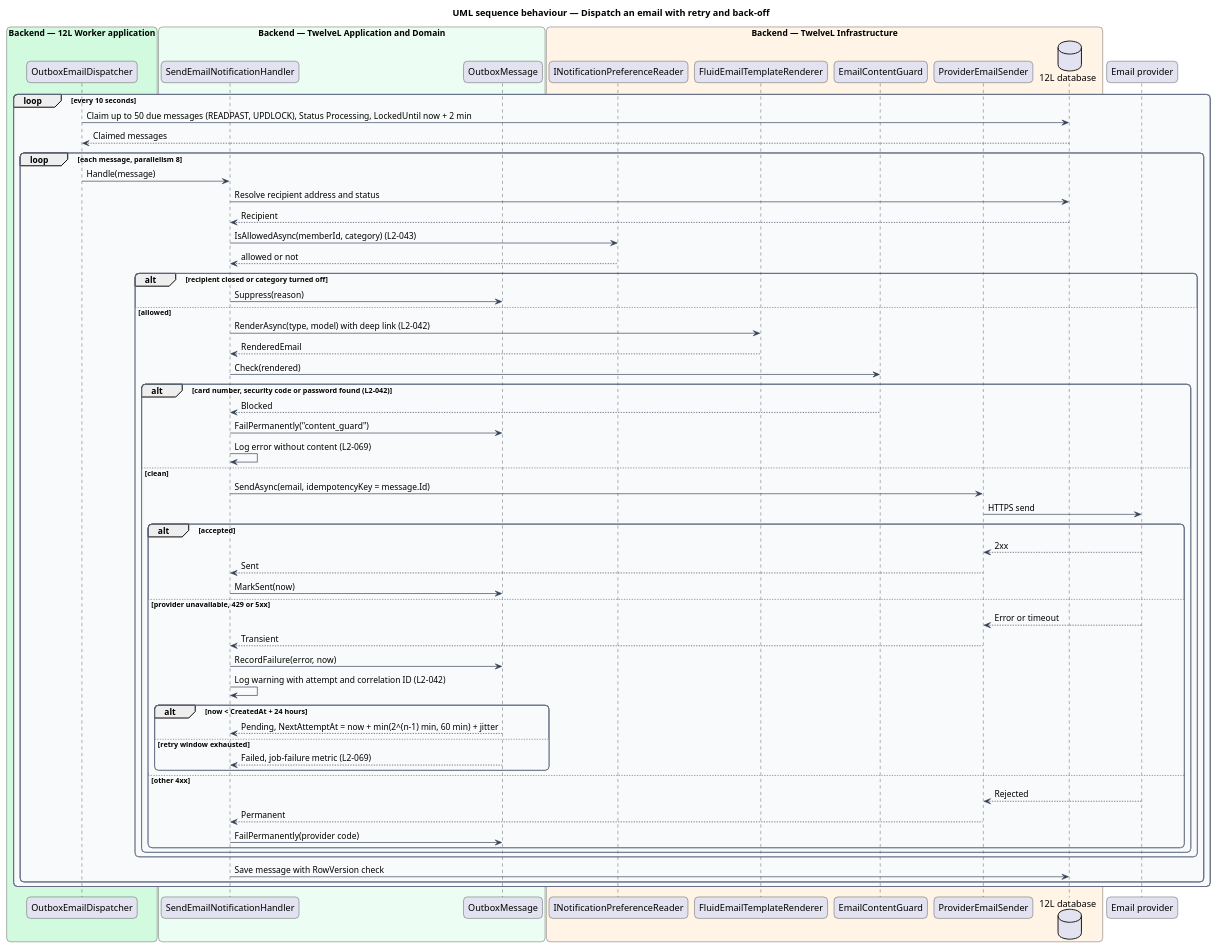
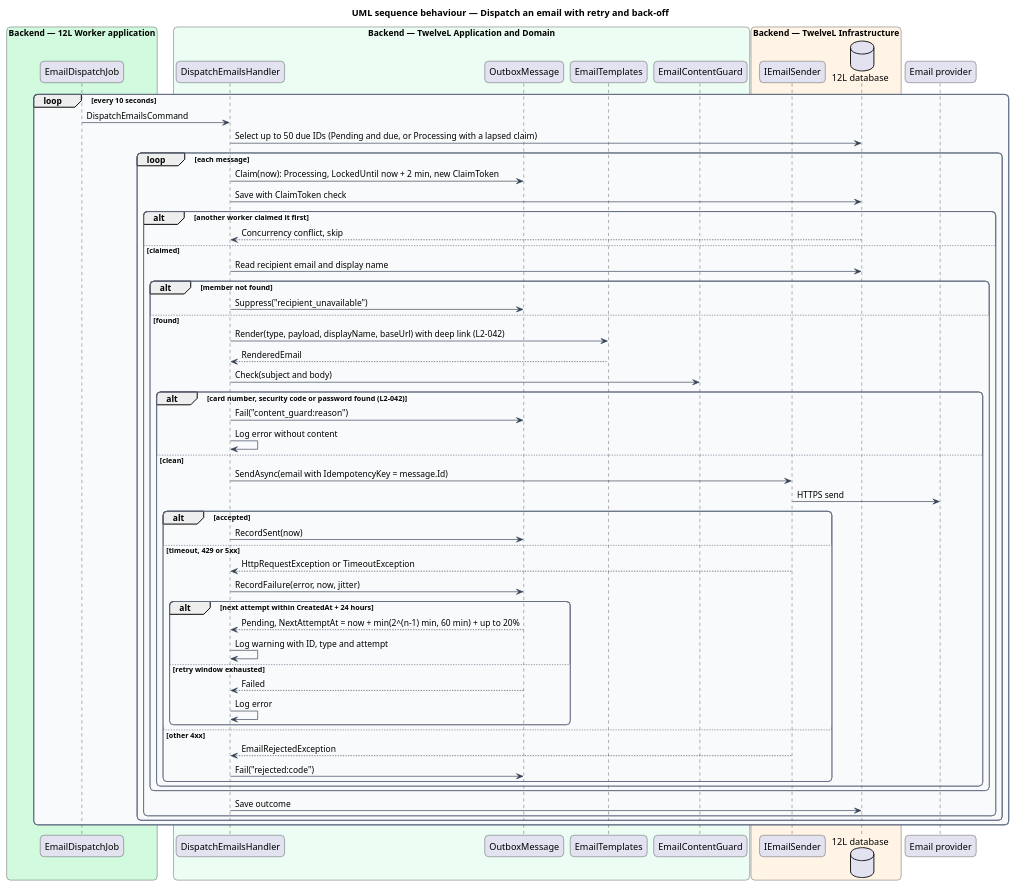
Before and after one commit to QuinntyneBrown/12l: the diagram in docs/detailed-designs/notifications/send-email-notifications/diagrams/sequence-dispatch-email.puml, drawn with PlantUML. The commit also changed 20 other files, not shown here.

First line of the commit message:
Document send-email-notifications: design, ADR, L2-042, ship-order, estimates

```diff
--- a/docs/detailed-designs/notifications/send-email-notifications/diagrams/sequence-dispatch-email.puml
+++ b/docs/detailed-designs/notifications/send-email-notifications/diagrams/sequence-dispatch-email.puml
@@ -1,78 +1,75 @@
 @startuml
 title UML sequence behaviour — Dispatch an email with retry and back-off
 skinparam backgroundColor #FFFFFF
 skinparam shadowing false
 skinparam roundcorner 12
 skinparam defaultFontName Arial
 skinparam ArrowColor #344054
 skinparam rectangle {
   BorderColor #344054
   FontColor #101828
 }
 skinparam package {
   BorderColor #667085
   FontColor #101828
   BackgroundColor #F9FAFB
 }
 box "Backend — 12L Worker application" #D1FADF
-  participant "OutboxEmailDispatcher" as dispatcher
+  participant "EmailDispatchJob" as dispatcher
 end box
 box "Backend — TwelveL Application and Domain" #ECFDF3
-  participant "SendEmailNotificationHandler" as handler
+  participant "DispatchEmailsHandler" as handler
   participant "OutboxMessage" as msg
+  participant "EmailTemplates" as renderer
+  participant "EmailContentGuard" as guard
 end box
 box "Backend — TwelveL Infrastructure" #FFF4E5
-  participant "INotificationPreferenceReader" as prefs
-  participant "FluidEmailTemplateRenderer" as renderer
-  participant "EmailContentGuard" as guard
-  participant "ProviderEmailSender" as sender
+  participant "IEmailSender" as sender
   database "12L database" as db
 end box
 participant "Email provider" as provider
 loop every 10 seconds
-  dispatcher -> db : Claim up to 50 due messages (READPAST, UPDLOCK), Status Processing, LockedUntil now + 2 min
-  db --> dispatcher : Claimed messages
-  loop each message, parallelism 8
-    dispatcher -> handler : Handle(message)
-    handler -> db : Resolve recipient address and status
-    db --> handler : Recipient
-    handler -> prefs : IsAllowedAsync(memberId, category) (L2-043)
-    prefs --> handler : allowed or not
-    alt recipient closed or category turned off
-      handler -> msg : Suppress(reason)
-    else allowed
-      handler -> renderer : RenderAsync(type, model) with deep link (L2-042)
-      renderer --> handler : RenderedEmail
-      handler -> guard : Check(rendered)
-      alt card number, security code or password found (L2-042)
-        guard --> handler : Blocked
-        handler -> msg : FailPermanently("content_guard")
-        handler -> handler : Log error without content (L2-069)
-      else clean
-        handler -> sender : SendAsync(email, idempotencyKey = message.Id)
-        sender -> provider : HTTPS send
-        alt accepted
-          provider --> sender : 2xx
-          sender --> handler : Sent
-          handler -> msg : MarkSent(now)
-        else provider unavailable, 429 or 5xx
-          provider --> sender : Error or timeout
-          sender --> handler : Transient
-          handler -> msg : RecordFailure(error, now)
-          handler -> handler : Log warning with attempt and correlation ID (L2-042)
-          alt now < CreatedAt + 24 hours
-            msg --> handler : Pending, NextAttemptAt = now + min(2^(n-1) min, 60 min) + jitter
-          else retry window exhausted
-            msg --> handler : Failed, job-failure metric (L2-069)
+  dispatcher -> handler : DispatchEmailsCommand
+  handler -> db : Select up to 50 due IDs (Pending and due, or Processing with a lapsed claim)
+  loop each message
+    handler -> msg : Claim(now): Processing, LockedUntil now + 2 min, new ClaimToken
+    handler -> db : Save with ClaimToken check
+    alt another worker claimed it first
+      db --> handler : Concurrency conflict, skip
+    else claimed
+      handler -> db : Read recipient email and display name
+      alt member not found
+        handler -> msg : Suppress("recipient_unavailable")
+      else found
+        handler -> renderer : Render(type, payload, displayName, baseUrl) with deep link (L2-042)
+        renderer --> handler : RenderedEmail
+        handler -> guard : Check(subject and body)
+        alt card number, security code or password found (L2-042)
+          handler -> msg : Fail("content_guard:reason")
+          handler -> handler : Log error without content
+        else clean
+          handler -> sender : SendAsync(email with IdempotencyKey = message.Id)
+          sender -> provider : HTTPS send
+          alt accepted
+            handler -> msg : RecordSent(now)
+          else timeout, 429 or 5xx
+            sender --> handler : HttpRequestException or TimeoutException
+            handler -> msg : RecordFailure(error, now, jitter)
+            alt next attempt within CreatedAt + 24 hours
+              msg --> handler : Pending, NextAttemptAt = now + min(2^(n-1) min, 60 min) + up to 20%
+              handler -> handler : Log warning with ID, type and attempt
+            else retry window exhausted
+              msg --> handler : Failed
+              handler -> handler : Log error
+            end
+          else other 4xx
+            sender --> handler : EmailRejectedException
+            handler -> msg : Fail("rejected:code")
           end
-        else other 4xx
-          provider --> sender : Rejected
-          sender --> handler : Permanent
-          handler -> msg : FailPermanently(provider code)
         end
       end
+      handler -> db : Save outcome
     end
-    handler -> db : Save message with RowVersion check
   end
 end
 @enduml
```
